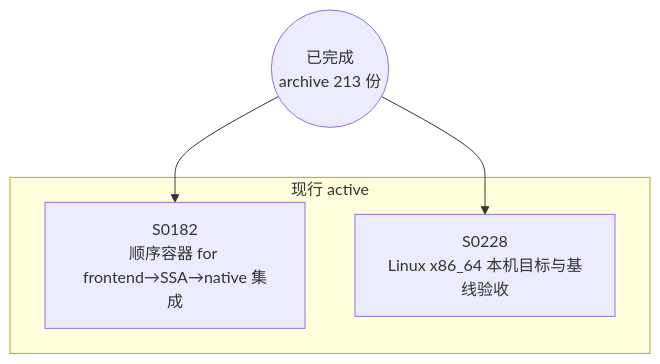
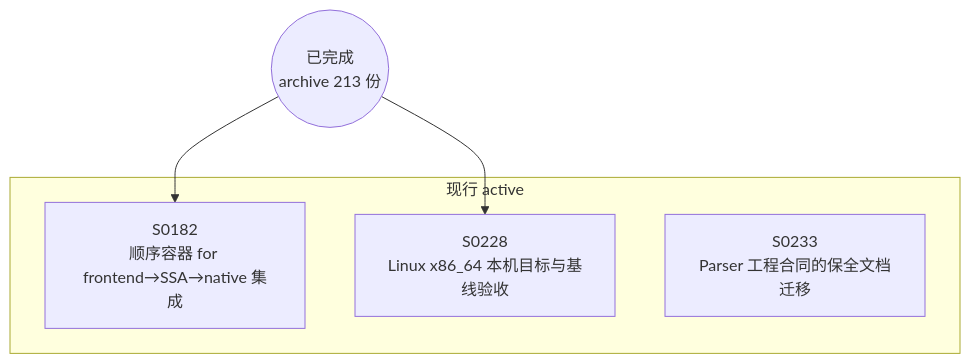
The diagram in docs/specs/dependency-graph.md (Halckon/Koven), drawn with Mermaid before and after one commit. The commit also changed other lines of this file and 22 other files, not shown here.

````diff
--- a/docs/specs/dependency-graph.md
+++ b/docs/specs/dependency-graph.md
@@ -9,10 +9,11 @@
 ```mermaid
 flowchart TD
 ARCH(("已完成<br/>archive 213 份"))
 subgraph Gactive["现行 active"]
   S0182["S0182<br/>顺序容器 for frontend→SSA→native 集成"]
   S0228["S0228<br/>Linux x86_64 本机目标与基线验收"]
+  S0233["S0233<br/>Parser 工程合同的保全文档迁移"]
 end
 ARCH --> S0182
 ARCH --> S0228
 ```
````
